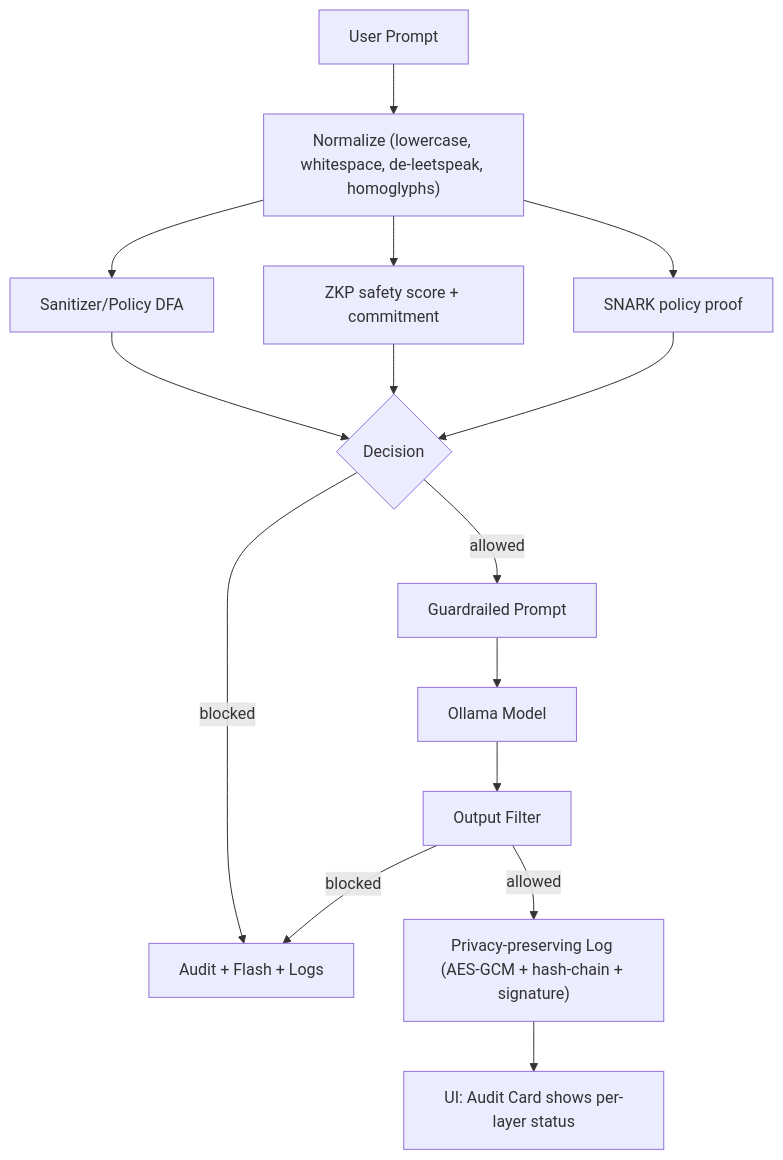
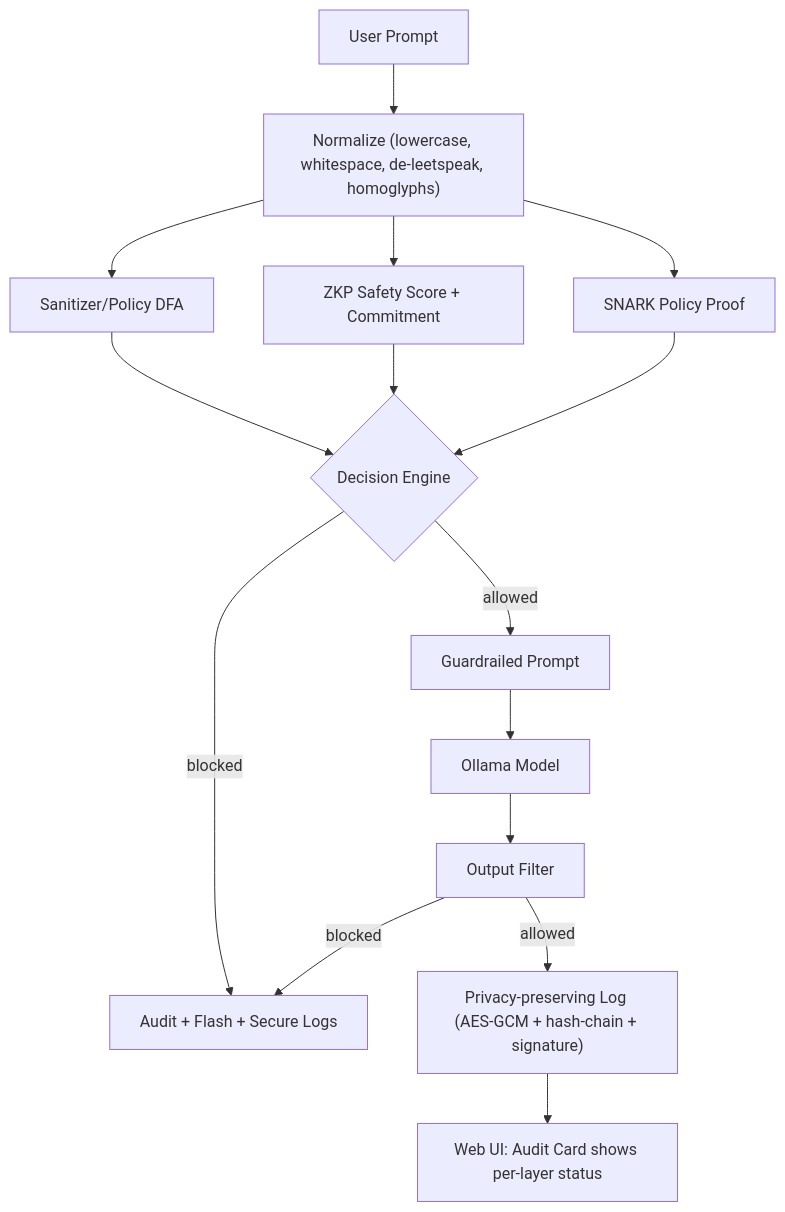
The diagram in README.md (TakudzwaChoto/zkp-snarks), drawn with Mermaid before and after one commit. The commit also changed other lines of this file, not shown here.

````diff
--- a/README.md
+++ b/README.md
@@ -56,17 +43,17 @@
 ```mermaid
 flowchart TD
     A[User Prompt] --> N["Normalize (lowercase, whitespace, de-leetspeak, homoglyphs)"]
     N --> S[Sanitizer/Policy DFA]
-    N --> Z[ZKP safety score + commitment]
-    N --> K[SNARK policy proof]
-    S --> D{Decision}
+    N --> Z[ZKP Safety Score + Commitment]
+    N --> K[SNARK Policy Proof]
+    S --> D{Decision Engine}
     Z --> D
     K --> D
-    D -->|blocked| B[Audit + Flash + Logs]
+    D -->|blocked| B[Audit + Flash + Secure Logs]
     D -->|allowed| G[Guardrailed Prompt]
     G --> LLM[Ollama Model]
     LLM --> OF[Output Filter]
     OF -->|blocked| B
     OF -->|allowed| LOG["Privacy-preserving Log (AES-GCM + hash-chain + signature)"]
-    LOG --> UI["UI: Audit Card shows per-layer status"]
+    LOG --> UI["Web UI: Audit Card shows per-layer status"]
 ```
````
